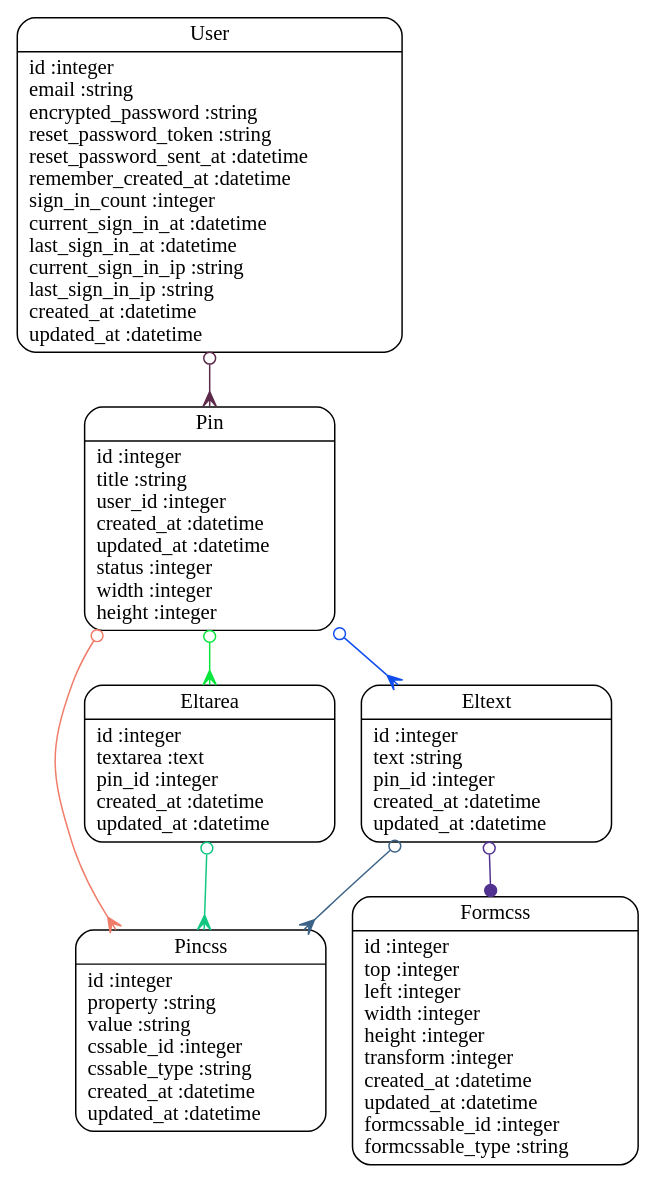
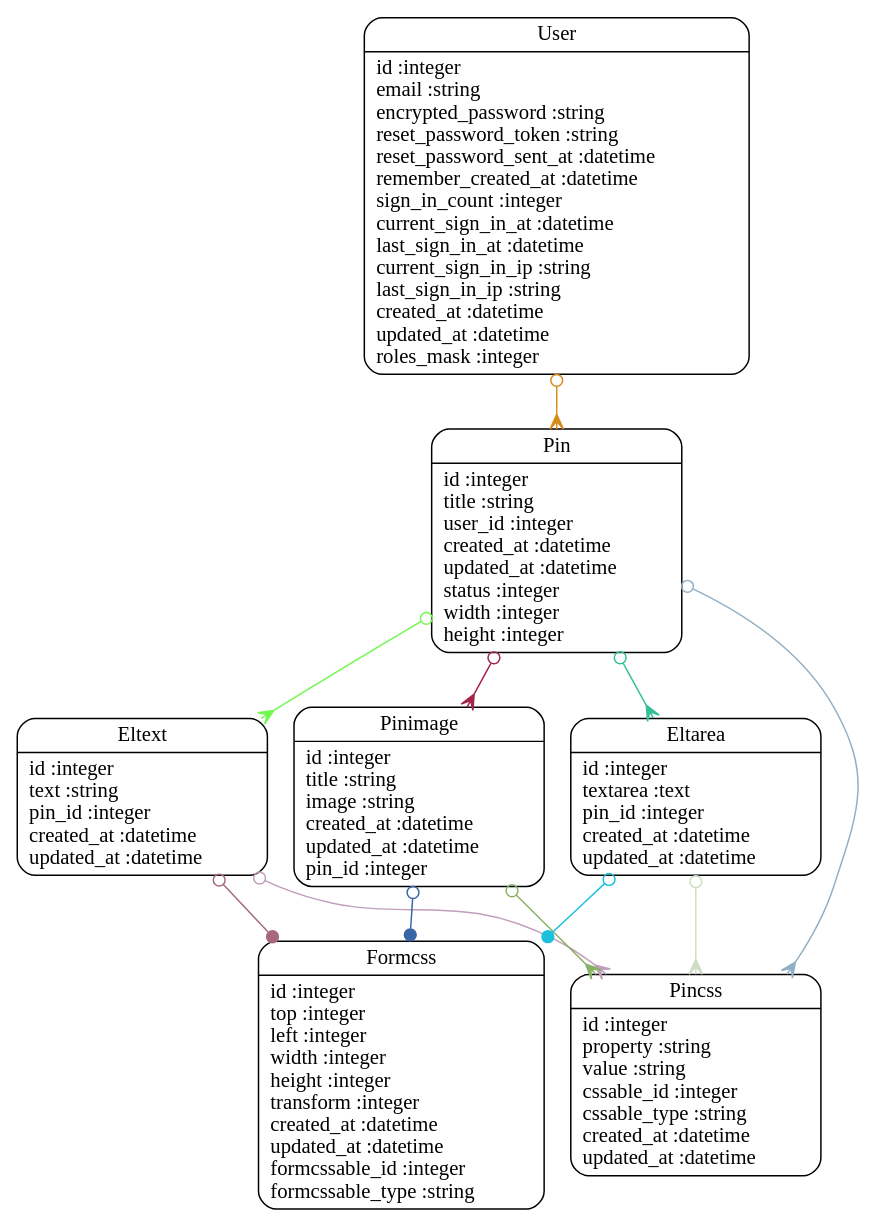
Before and after one commit to aslan-it/pindexme: the diagram in models.dot, drawn with Graphviz. The commit also changed 22 other files, not shown here.

```diff
--- a/models.dot
+++ b/models.dot
@@ -1,16 +1,21 @@
 digraph models_diagram {
 	graph[overlap=false, splines=true]
 	"Formcss" [shape=Mrecord, label="{Formcss|id :integer\ltop :integer\lleft :integer\lwidth :integer\lheight :integer\ltransform :integer\lcreated_at :datetime\lupdated_at :datetime\lformcssable_id :integer\lformcssable_type :string\l}"]
 	"Pincss" [shape=Mrecord, label="{Pincss|id :integer\lproperty :string\lvalue :string\lcssable_id :integer\lcssable_type :string\lcreated_at :datetime\lupdated_at :datetime\l}"]
 	"Eltext" [shape=Mrecord, label="{Eltext|id :integer\ltext :string\lpin_id :integer\lcreated_at :datetime\lupdated_at :datetime\l}"]
 	"Pin" [shape=Mrecord, label="{Pin|id :integer\ltitle :string\luser_id :integer\lcreated_at :datetime\lupdated_at :datetime\lstatus :integer\lwidth :integer\lheight :integer\l}"]
-	"User" [shape=Mrecord, label="{User|id :integer\lemail :string\lencrypted_password :string\lreset_password_token :string\lreset_password_sent_at :datetime\lremember_created_at :datetime\lsign_in_count :integer\lcurrent_sign_in_at :datetime\llast_sign_in_at :datetime\lcurrent_sign_in_ip :string\llast_sign_in_ip :string\lcreated_at :datetime\lupdated_at :datetime\l}"]
+	"Pinimage" [shape=Mrecord, label="{Pinimage|id :integer\ltitle :string\limage :string\lcreated_at :datetime\lupdated_at :datetime\lpin_id :integer\l}"]
+	"User" [shape=Mrecord, label="{User|id :integer\lemail :string\lencrypted_password :string\lreset_password_token :string\lreset_password_sent_at :datetime\lremember_created_at :datetime\lsign_in_count :integer\lcurrent_sign_in_at :datetime\llast_sign_in_at :datetime\lcurrent_sign_in_ip :string\llast_sign_in_ip :string\lcreated_at :datetime\lupdated_at :datetime\lroles_mask :integer\l}"]
 	"Eltarea" [shape=Mrecord, label="{Eltarea|id :integer\ltextarea :text\lpin_id :integer\lcreated_at :datetime\lupdated_at :datetime\l}"]
-	"Eltext" -> "Formcss" [arrowtail=odot, arrowhead=dot, dir=both color="#513291"]
-	"Eltext" -> "Pincss" [arrowtail=odot, arrowhead=crow, dir=both color="#3C6387"]
-	"Pin" -> "Eltext" [arrowtail=odot, arrowhead=crow, dir=both color="#0F4DEE"]
-	"Pin" -> "Eltarea" [arrowtail=odot, arrowhead=crow, dir=both color="#0AE63E"]
-	"Pin" -> "Pincss" [arrowtail=odot, arrowhead=crow, dir=both color="#F07C69"]
-	"User" -> "Pin" [arrowtail=odot, arrowhead=crow, dir=both color="#5C2A4B"]
-	"Eltarea" -> "Pincss" [arrowtail=odot, arrowhead=crow, dir=both color="#12C781"]
+	"Eltext" -> "Formcss" [arrowtail=odot, arrowhead=dot, dir=both color="#A8687A"]
+	"Eltext" -> "Pincss" [arrowtail=odot, arrowhead=crow, dir=both color="#C19EBC"]
+	"Pin" -> "Eltext" [arrowtail=odot, arrowhead=crow, dir=both color="#73F751"]
+	"Pin" -> "Eltarea" [arrowtail=odot, arrowhead=crow, dir=both color="#34C096"]
+	"Pin" -> "Pinimage" [arrowtail=odot, arrowhead=crow, dir=both color="#A52449"]
+	"Pin" -> "Pincss" [arrowtail=odot, arrowhead=crow, dir=both color="#91AFC4"]
+	"Pinimage" -> "Formcss" [arrowtail=odot, arrowhead=dot, dir=both color="#3A66A6"]
+	"Pinimage" -> "Pincss" [arrowtail=odot, arrowhead=crow, dir=both color="#88B265"]
+	"User" -> "Pin" [arrowtail=odot, arrowhead=crow, dir=both color="#D68B1A"]
+	"Eltarea" -> "Formcss" [arrowtail=odot, arrowhead=dot, dir=both color="#1CC0DE"]
+	"Eltarea" -> "Pincss" [arrowtail=odot, arrowhead=crow, dir=both color="#CEDEC5"]
 }
```
